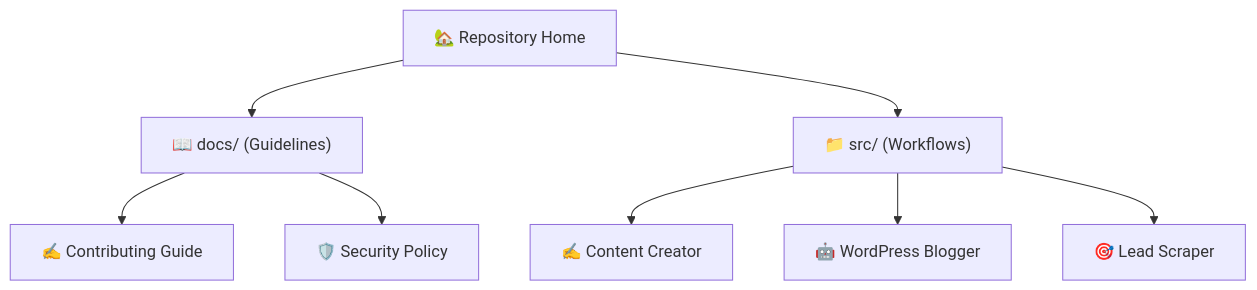
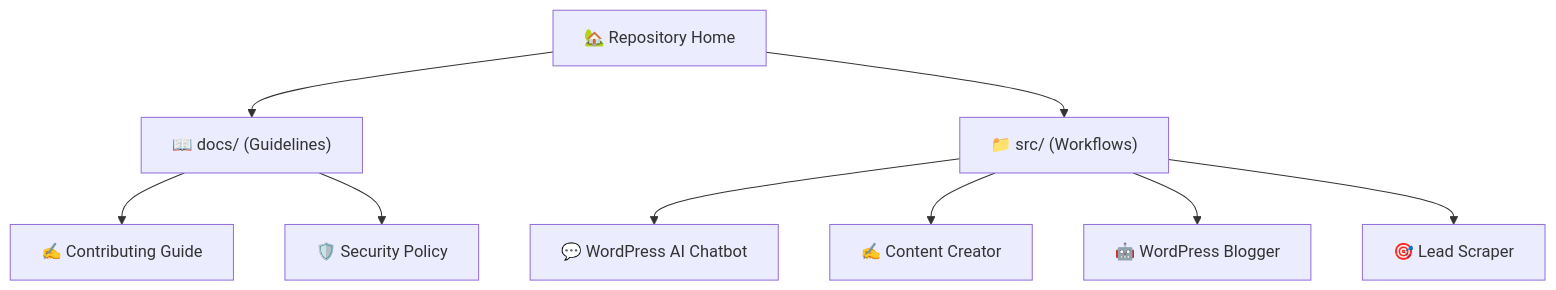
The diagram in README.md (beydah/N8N-AI-Agent), drawn with Mermaid before and after one commit. The commit also changed other lines of this file and 11 other files, not shown here.

````diff
--- a/README.md
+++ b/README.md
@@ -34,10 +40,11 @@
 ```mermaid
 graph TD
     Home["🏡 Repository Home"] --> Docs["📖 docs/ (Guidelines)"]
     Home --> Source["📁 src/ (Workflows)"]
     Docs --> Contributing["✍️ Contributing Guide"]
     Docs --> Security["🛡️ Security Policy"]
+    Source --> Chatbot["💬 WordPress AI Chatbot"]
     Source --> Content["✍️ Content Creator"]
     Source --> Blogger["🤖 WordPress Blogger"]
     Source --> Leads["🎯 Lead Scraper"]
 ```
````
